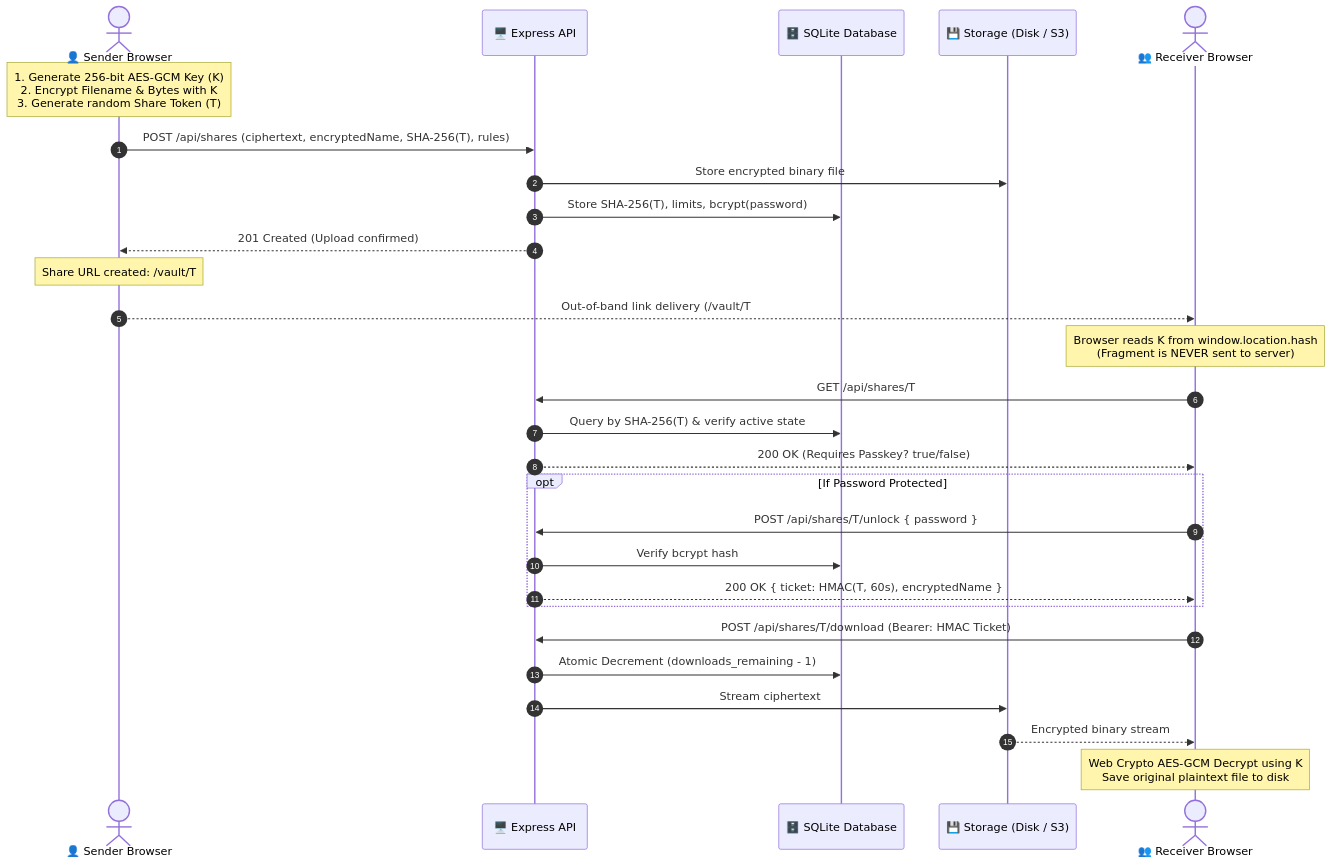
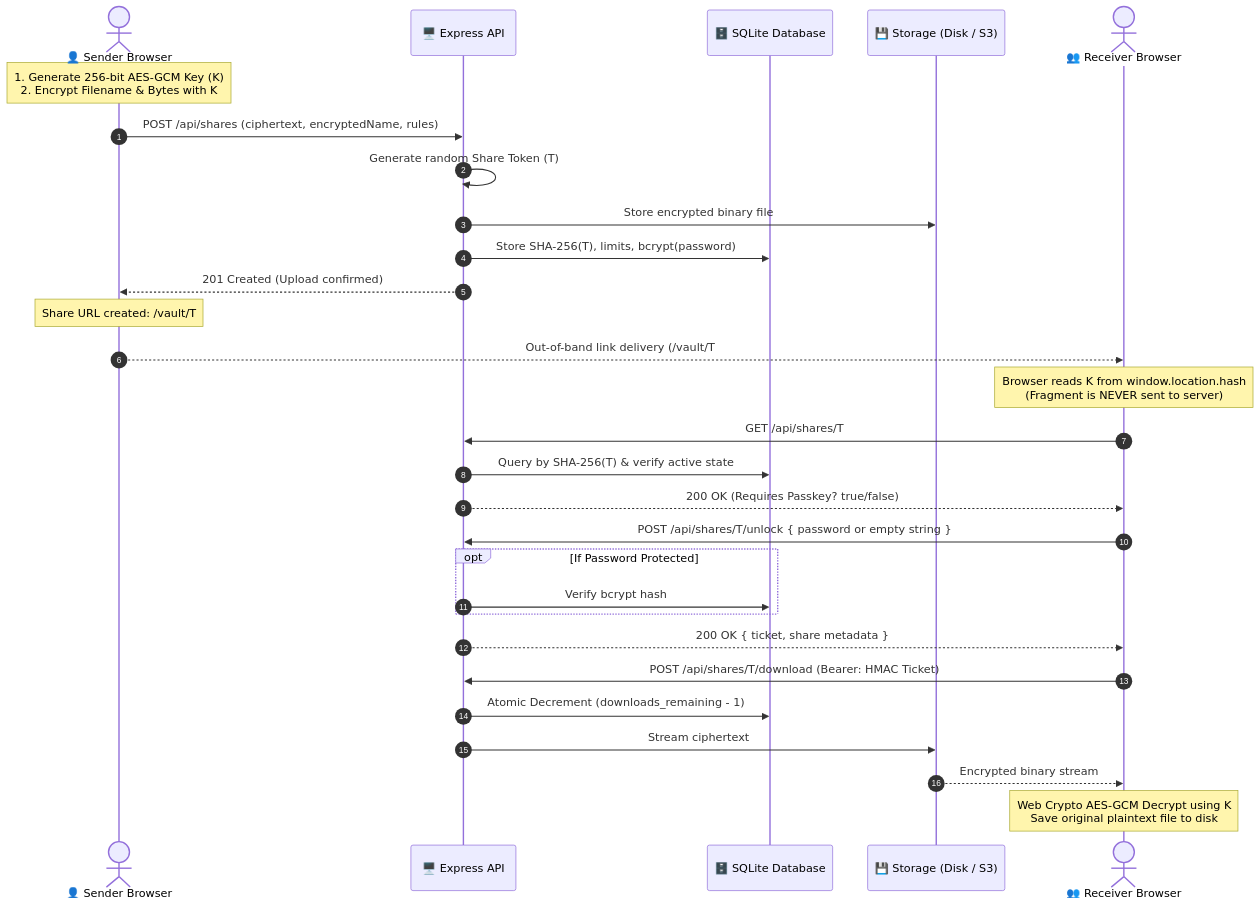
Before and after one commit to batman-alwayz/Peigon: the first of 2 diagrams in README.md, drawn with Mermaid. The commit also changed other lines of this file, not shown here.

````diff
--- a/README.md
+++ b/README.md
@@ -82,35 +84,36 @@
 ```mermaid
 sequenceDiagram
     autonumber
     actor Sender as 👤 Sender Browser
     participant API as 🖥️ Express API
     participant DB as 🗄️ SQLite Database
     participant FS as 💾 Storage (Disk / S3)
     actor Receiver as 👥 Receiver Browser
 
-    Note over Sender: 1. Generate 256-bit AES-GCM Key (K)<br/>2. Encrypt Filename & Bytes with K<br/>3. Generate random Share Token (T)
-    Sender->>API: POST /api/shares (ciphertext, encryptedName, SHA-256(T), rules)
+    Note over Sender: 1. Generate 256-bit AES-GCM Key (K)<br/>2. Encrypt Filename & Bytes with K
+    Sender->>API: POST /api/shares (ciphertext, encryptedName, rules)
+    API->>API: Generate random Share Token (T)
     API->>FS: Store encrypted binary file
     API->>DB: Store SHA-256(T), limits, bcrypt(password)
     API-->>Sender: 201 Created (Upload confirmed)
 
     Note over Sender: Share URL created: /vault/T#K<br/>(K is preserved only in the URL #fragment)
     Sender-->>Receiver: Out-of-band link delivery (/vault/T#K)
 
     Note over Receiver: Browser reads K from window.location.hash<br/>(Fragment is NEVER sent to server)
     Receiver->>API: GET /api/shares/T
     API->>DB: Query by SHA-256(T) & verify active state
     API-->>Receiver: 200 OK (Requires Passkey? true/false)
 
+    Receiver->>API: POST /api/shares/T/unlock { password or empty string }
     opt If Password Protected
-        Receiver->>API: POST /api/shares/T/unlock { password }
         API->>DB: Verify bcrypt hash
-        API-->>Receiver: 200 OK { ticket: HMAC(T, 60s), encryptedName }
     end
+    API-->>Receiver: 200 OK { ticket, share metadata }
 
     Receiver->>API: POST /api/shares/T/download (Bearer: HMAC Ticket)
     API->>DB: Atomic Decrement (downloads_remaining - 1)
     API->>FS: Stream ciphertext
     FS-->>Receiver: Encrypted binary stream
     Note over Receiver: Web Crypto AES-GCM Decrypt using K<br/>Save original plaintext file to disk
 ```
````
